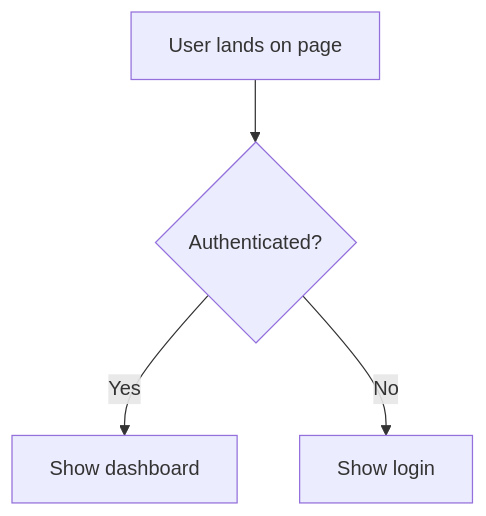
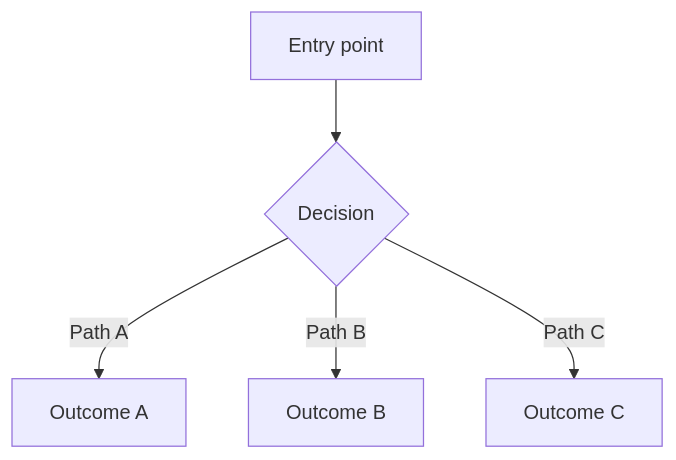
One commit to fradelfo/shipwright changed the second of 2 diagrams in skills/roles/ux-designer.md. Above: the diagram before and after it, drawn with Mermaid. The commit also changed other lines of this file and 8 other files, not shown here.

````diff
--- a/skills/roles/ux-designer.md
+++ b/skills/roles/ux-designer.md
@@ -57,6 +104,7 @@
 ```mermaid
 flowchart TD
-    A[User lands on page] --> B{Authenticated?}
-    B -->|Yes| C[Show dashboard]
-    B -->|No| D[Show login]
+    A[Entry point] --> B{Decision}
+    B -->|Path A| C[Outcome A]
+    B -->|Path B| D[Outcome B]
+    B -->|Path C| E[Outcome C]
 ```
````
